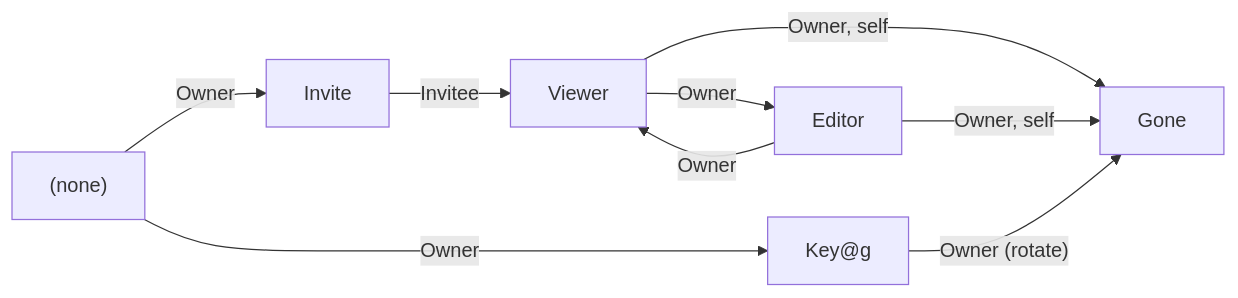
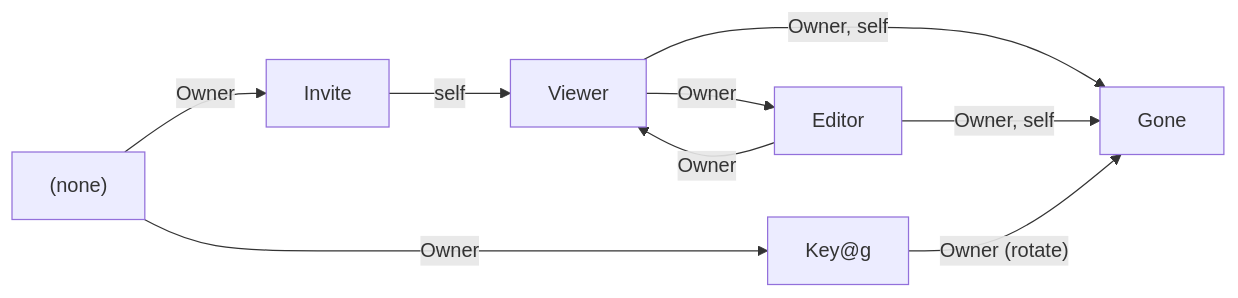
One commit to ILIYANGERMANOV/nixos changed the third of 3 diagrams in programs/agents/skills/custom/category-theory-doc/references/example.md. Above: the diagram before and after it, drawn with Mermaid. The commit also changed other lines of this file and 1 other file, not shown here.

````diff
--- a/programs/agents/skills/custom/category-theory-doc/references/example.md
+++ b/programs/agents/skills/custom/category-theory-doc/references/example.md
@@ -196,11 +194,11 @@
 ```mermaid
 graph LR
   None["(none)"] -->|Owner| Invite
-  Invite -->|Invitee| Viewer
+  Invite -->|self| Viewer
   Viewer -->|Owner| Editor
   Editor -->|Owner| Viewer
   Viewer -->|"Owner, self"| Gone
   Editor -->|"Owner, self"| Gone
   None -->|Owner| Key["Key@g"]
   Key -->|"Owner (rotate)"| Gone
 ```
````
